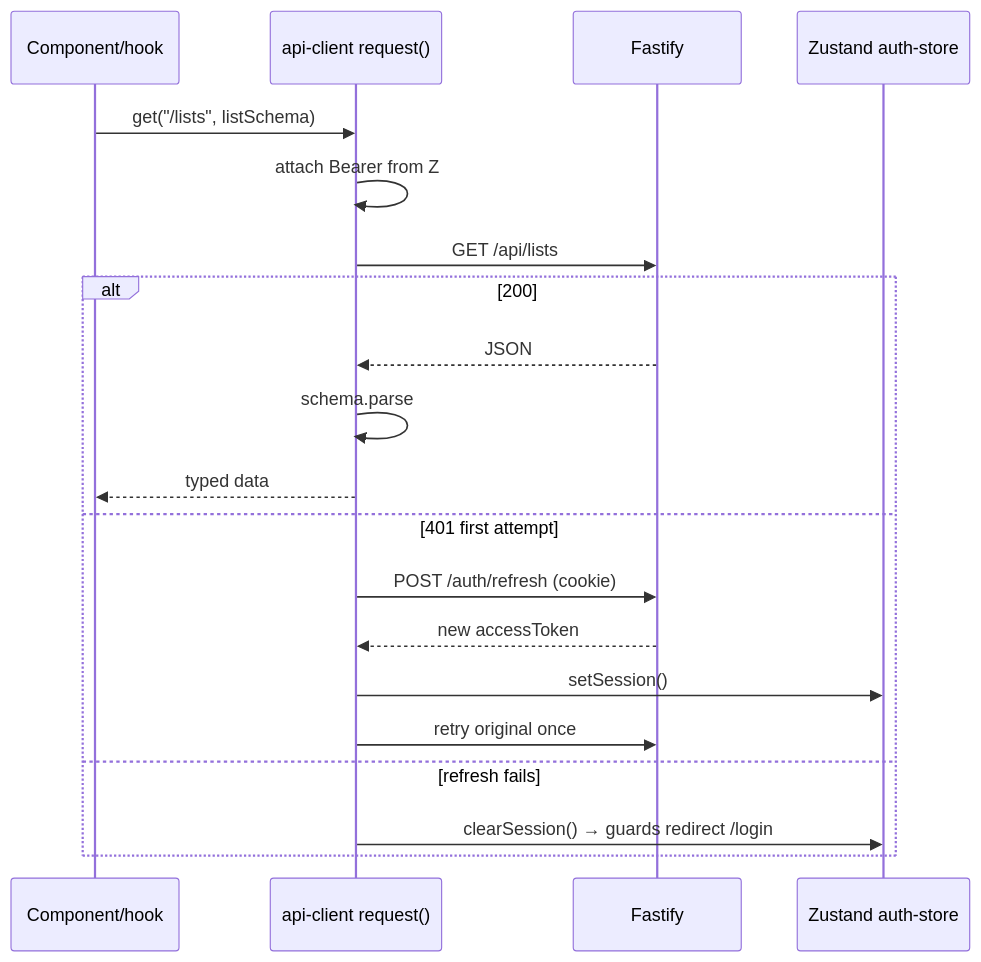
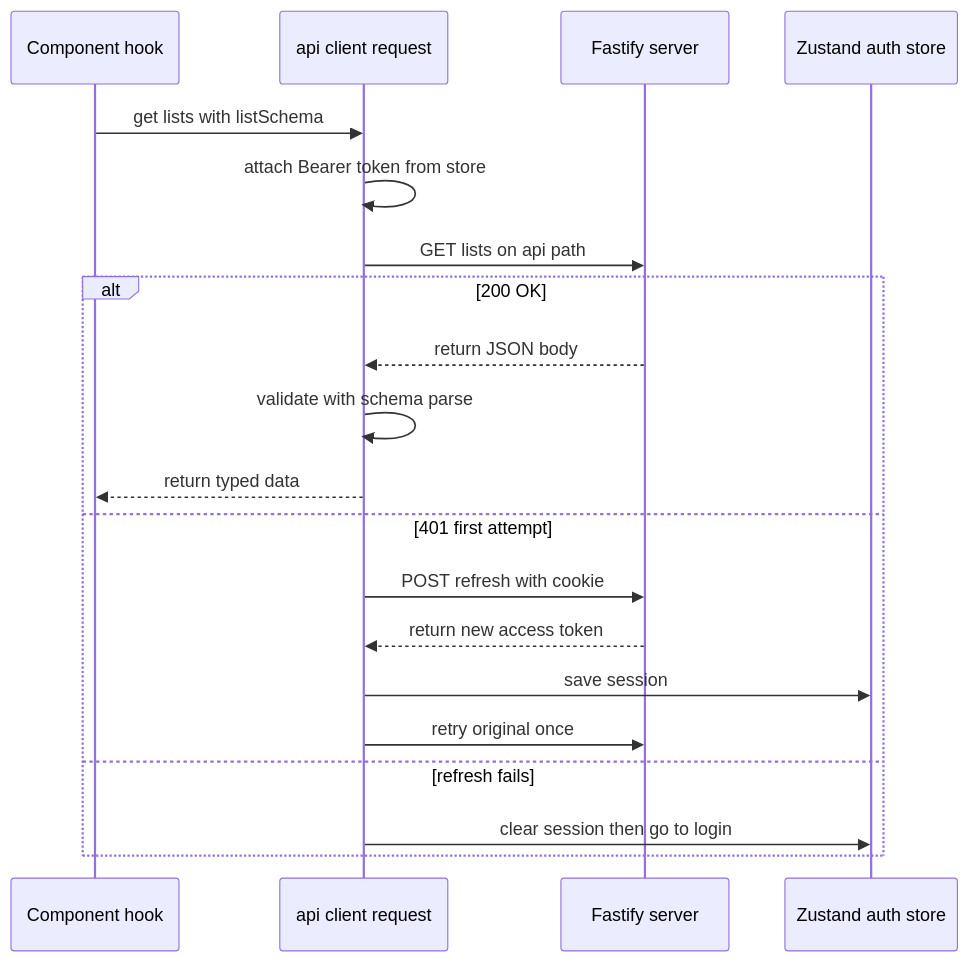
The eighth of 10 diagrams in docs/PROJECT_LEARNING.md (Bushische/grocery-app), drawn with Mermaid before and after one commit. The commit also changed other lines of this file and 6 other files, not shown here.

````diff
--- a/docs/PROJECT_LEARNING.md
+++ b/docs/PROJECT_LEARNING.md
@@ -429,22 +386,22 @@
 ```mermaid
 sequenceDiagram
-  participant UI as Component/hook
-  participant C as api-client request()
-  participant API as Fastify
-  participant Z as Zustand auth-store
-  UI->>C: get("/lists", listSchema)
-  C->>C: attach Bearer from Z
-  C->>API: GET /api/lists
-  alt 200
-    API-->>C: JSON
-    C->>C: schema.parse
-    C-->>UI: typed data
+  participant UI as Component hook
+  participant C as api client request
+  participant API as Fastify server
+  participant Z as Zustand auth store
+  UI->>C: get lists with listSchema
+  C->>C: attach Bearer token from store
+  C->>API: GET lists on api path
+  alt 200 OK
+    API-->>C: return JSON body
+    C->>C: validate with schema parse
+    C-->>UI: return typed data
   else 401 first attempt
-    C->>API: POST /auth/refresh (cookie)
-    API-->>C: new accessToken
-    C->>Z: setSession()
+    C->>API: POST refresh with cookie
+    API-->>C: return new access token
+    C->>Z: save session
     C->>API: retry original once
   else refresh fails
-    C->>Z: clearSession() → guards redirect /login
+    C->>Z: clear session then go to login
   end
 ```
````
